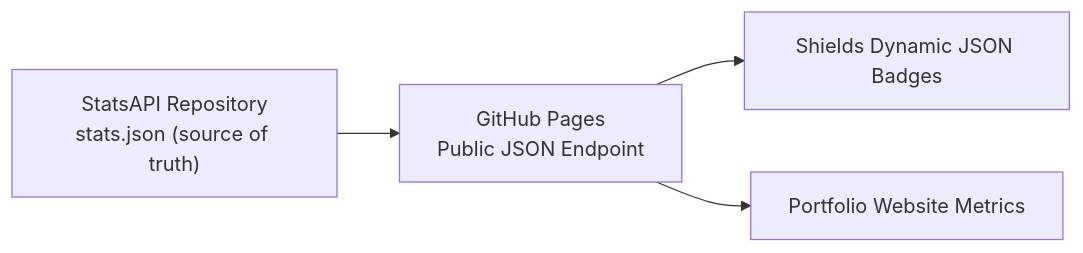
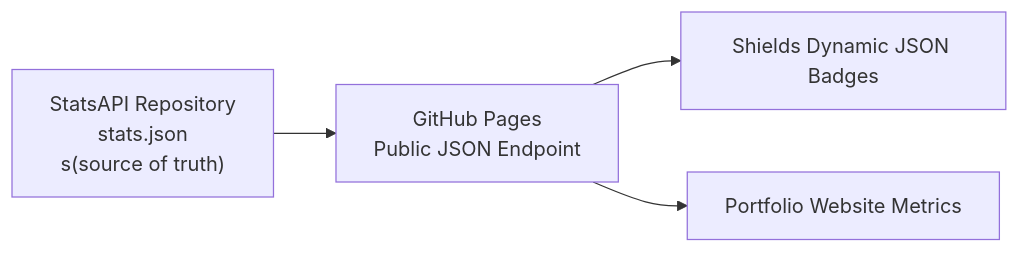
One commit to AmjadKudsi/StatSync-Controller changed the first of 2 diagrams in README.md. Above: the diagram before and after it, drawn with Mermaid.

Commit message:
Fix typo in StatsAPI Repository description

````diff
--- a/README.md
+++ b/README.md
@@ -10,6 +10,6 @@
 ```mermaid 
 flowchart LR
-    A["StatsAPI Repository<br/>stats.json (source of truth)"] --> P["GitHub Pages<br/>Public JSON Endpoint"];
+    A["StatsAPI Repository<br/>stats.json<br/>s(source of truth)"] --> P["GitHub Pages<br/>Public JSON Endpoint"];
     P --> B["Shields Dynamic JSON Badges"];
     P --> W["Portfolio Website Metrics"];
 ```
````
